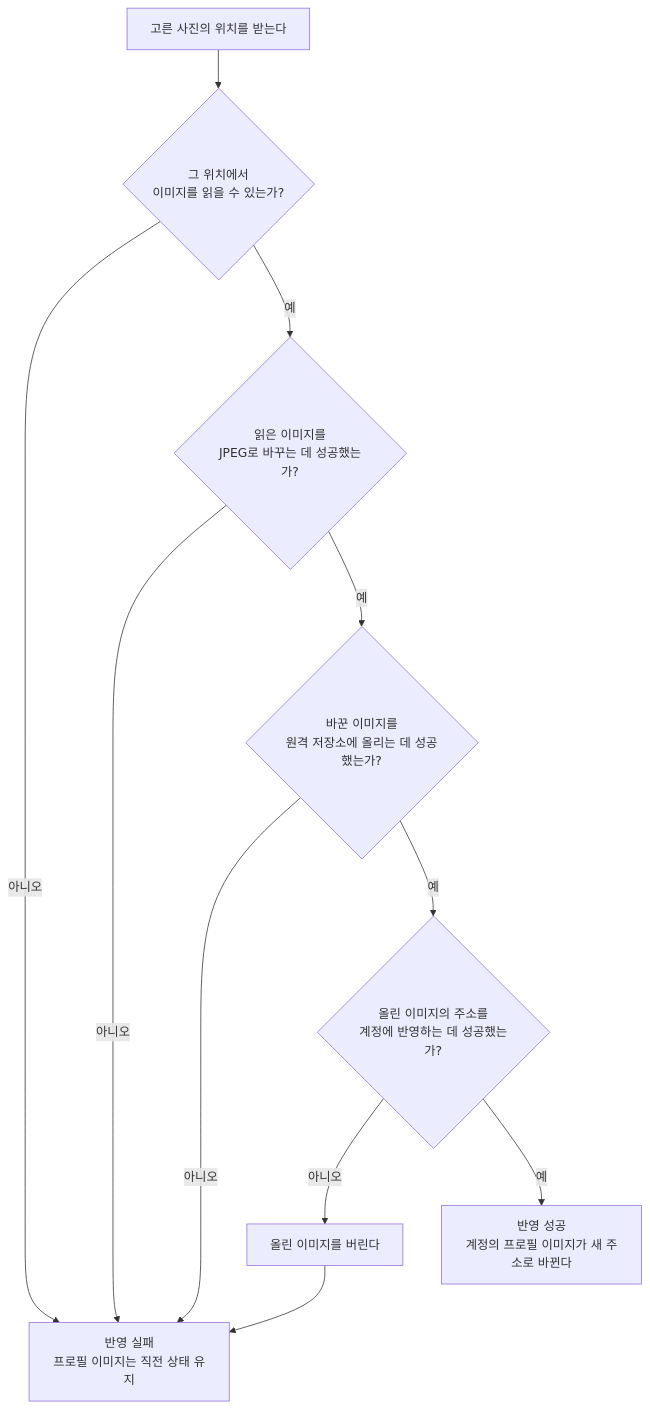
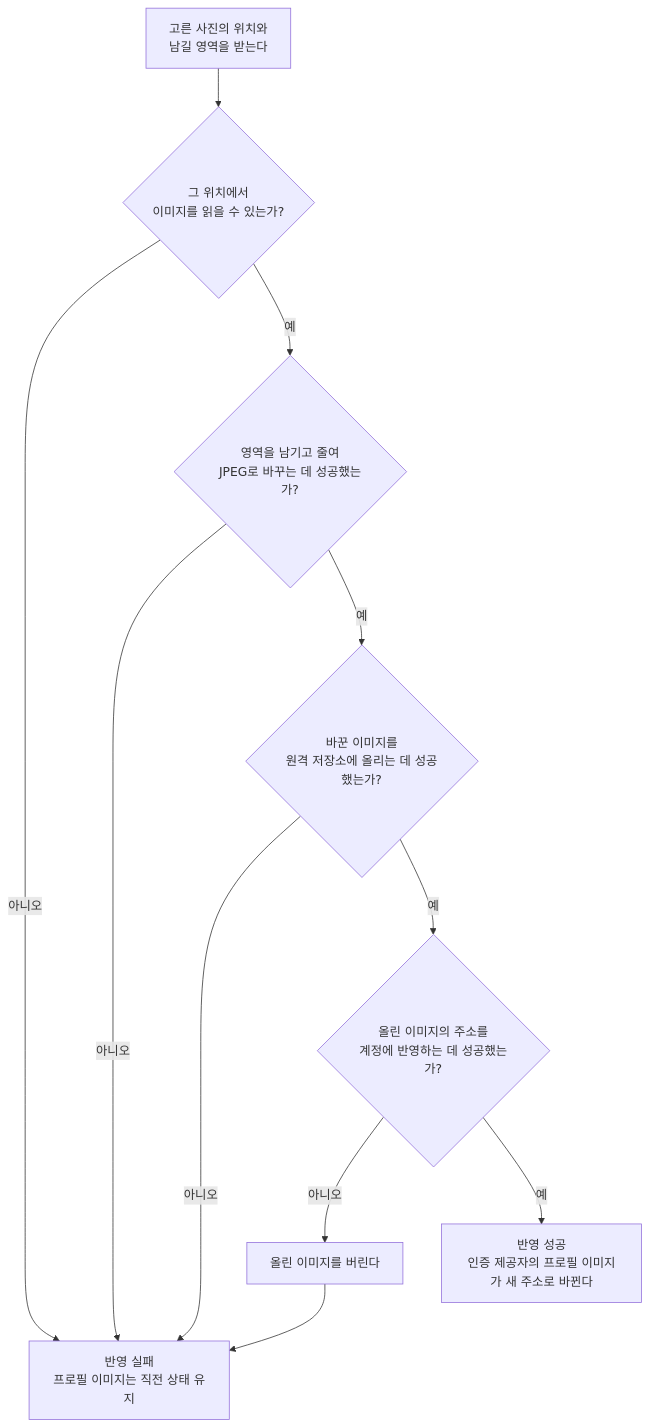
Before and after one commit to taetae98coding/DiaryKMP: the diagram in docs/spec/profile-image.md, drawn with Mermaid. The commit also changed other lines of this file and 12 other files, not shown here.

````diff
--- a/docs/spec/profile-image.md
+++ b/docs/spec/profile-image.md
@@ -48,12 +50,12 @@
 ```mermaid
 flowchart TD
-    start["고른 사진의 위치를 받는다"] --> read{"그 위치에서<br/>이미지를 읽을 수 있는가?"}
+    start["고른 사진의 위치와<br/>남길 영역을 받는다"] --> read{"그 위치에서<br/>이미지를 읽을 수 있는가?"}
     read -- 아니오 --> fail["반영 실패<br/>프로필 이미지는 직전 상태 유지"]
-    read -- 예 --> convert{"읽은 이미지를<br/>JPEG로 바꾸는 데 성공했는가?"}
+    read -- 예 --> convert{"영역을 남기고 줄여<br/>JPEG로 바꾸는 데 성공했는가?"}
     convert -- 아니오 --> fail
     convert -- 예 --> upload{"바꾼 이미지를<br/>원격 저장소에 올리는 데 성공했는가?"}
     upload -- 아니오 --> fail
     upload -- 예 --> apply{"올린 이미지의 주소를<br/>계정에 반영하는 데 성공했는가?"}
     apply -- 아니오 --> discard["올린 이미지를 버린다"] --> fail
-    apply -- 예 --> success["반영 성공<br/>계정의 프로필 이미지가 새 주소로 바뀐다"]
+    apply -- 예 --> success["반영 성공<br/>인증 제공자의 프로필 이미지가 새 주소로 바뀐다"]
 ```
````
